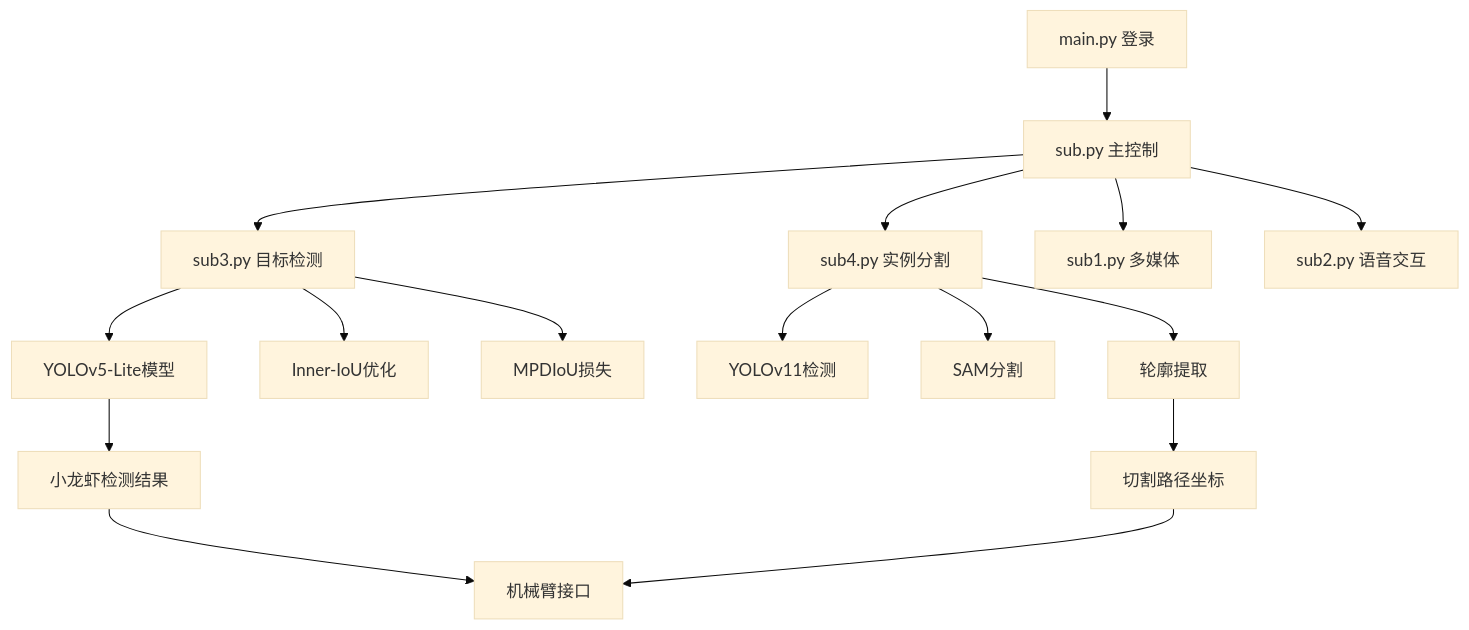
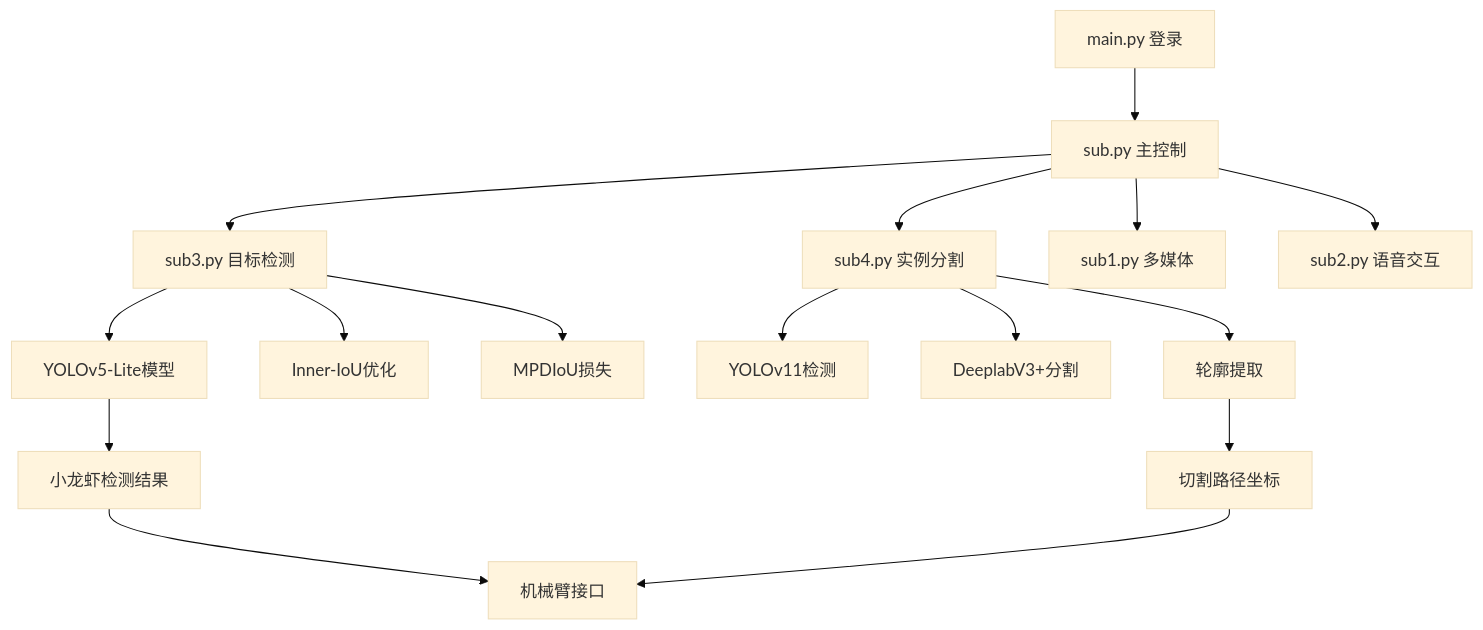
Before and after one commit to zhengzhang11/crayfish-cutting-system: the diagram in README.md, drawn with Mermaid (base theme).

Commit message:
version1.0

````diff
--- a/README.md
+++ b/README.md
@@ -348,22 +348,22 @@
 ```mermaid
 graph TD
     A[main.py 登录] --> B[sub.py 主控制]
     B --> C[sub3.py 目标检测]
     B --> D[sub4.py 实例分割] 
     B --> E[sub1.py 多媒体]
     B --> F[sub2.py 语音交互]
     
     C --> G[YOLOv5-Lite模型]
     C --> H[Inner-IoU优化]
     C --> I[MPDIoU损失]
     
     D --> J[YOLOv11检测]
-    D --> K[SAM分割]
+    D --> K[DeeplabV3+分割]
     D --> L[轮廓提取]
     
     G --> M[小龙虾检测结果]
     L --> N[切割路径坐标]
     
     M --> O[机械臂接口]
     N --> O
 ```
````
